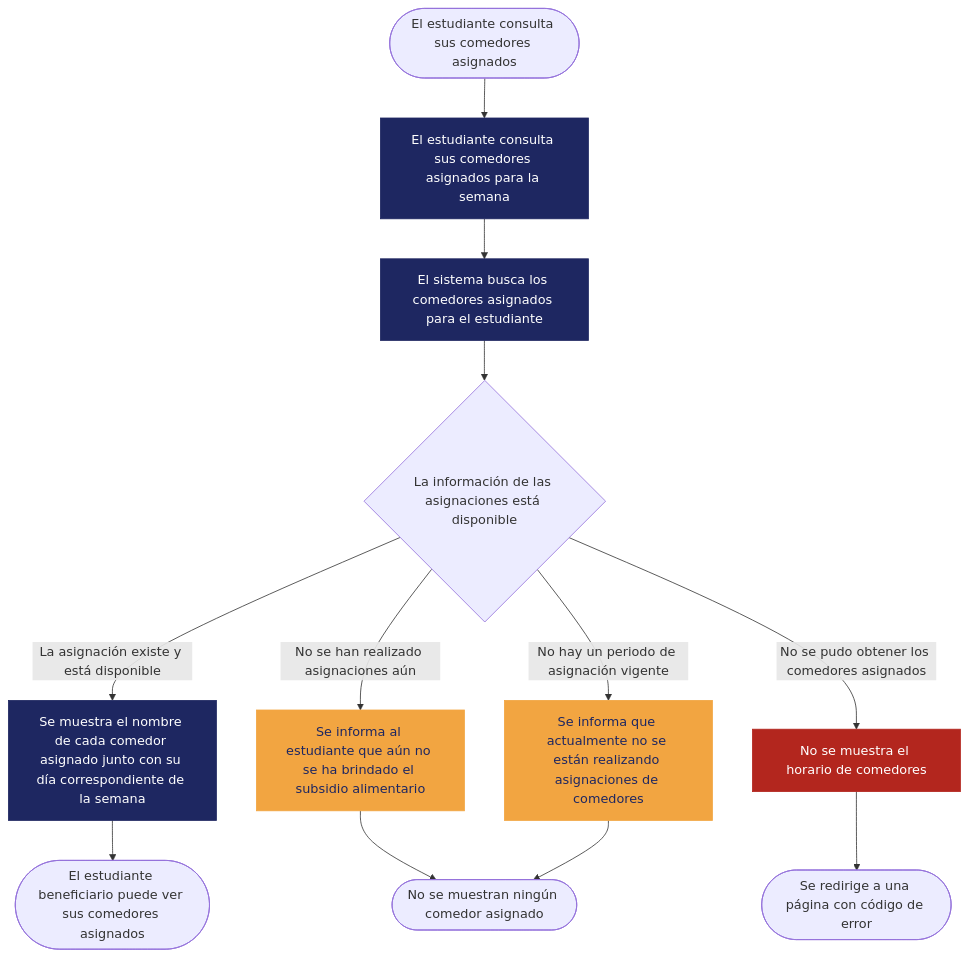
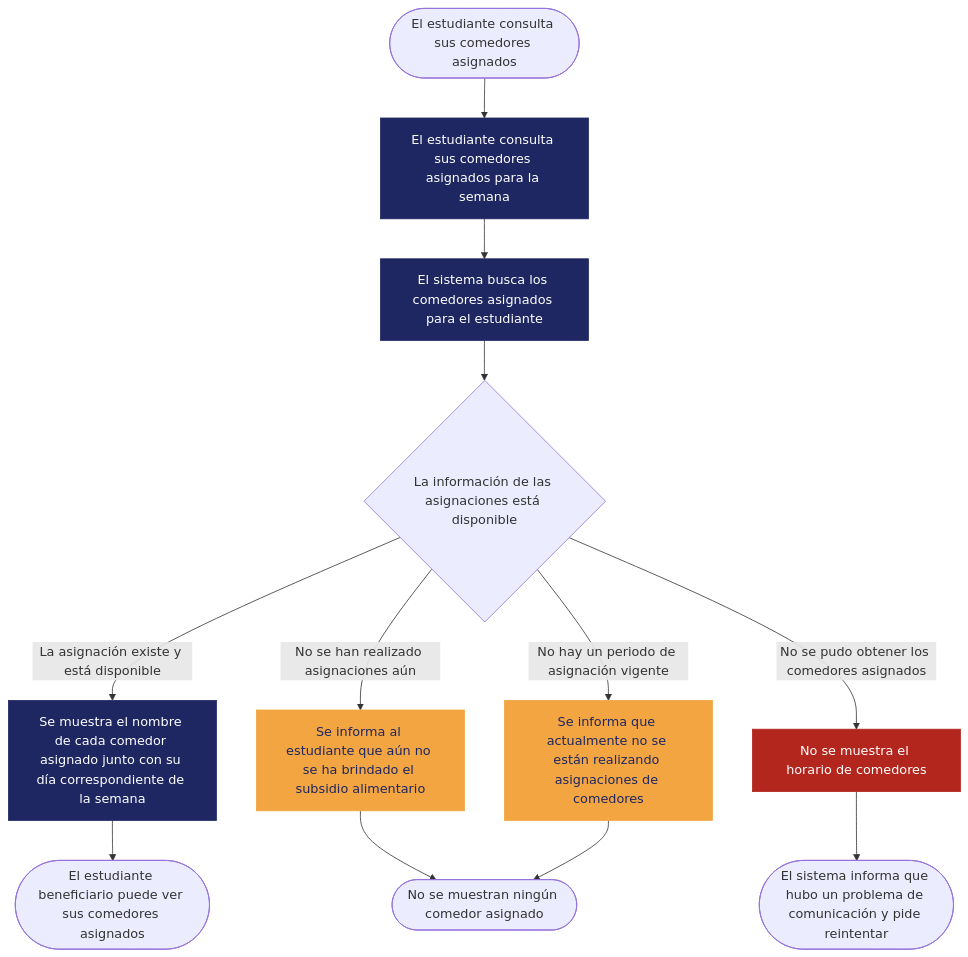
The diagram in docs/requirements/REQ-10.md (alfredoquev/Almuerzate.app), drawn with Mermaid before and after one commit. The commit also changed other lines of this file, not shown here.

Commit message:
Revise error message for comedor assignment retrieval
Updated exception handling message for backend communication issues.

````diff
--- a/docs/requirements/REQ-10.md
+++ b/docs/requirements/REQ-10.md
@@ -127,21 +127,21 @@
 ```mermaid
 flowchart TD
     A([El estudiante consulta sus comedores asignados]) --> B["El estudiante consulta sus comedores asignados para la semana"]
     B --> C["El sistema busca los comedores asignados para el estudiante"]
     C --> D{"La información de las asignaciones está disponible"}
     D -- "La asignación existe y está disponible" --> G["Se muestra el nombre de cada comedor asignado junto con su día correspondiente de la semana"]
     G --> H(["El estudiante beneficiario puede ver sus comedores asignados"])
     D -- "No se han realizado asignaciones aún" --> E["Se informa al estudiante que aún no se ha brindado el subsidio alimentario"]
     E --> I(["No se muestran ningún comedor asignado"])
     D -- "No se pudo obtener los comedores asignados" --> F["No se muestra el horario de comedores"]
-    F --> J(["Se redirige a una página con código de error"])
+    F --> J(["El sistema informa que hubo un problema de comunicación y pide reintentar"])
     D -- "No hay un periodo de asignación vigente" --> K["Se informa que actualmente no se están realizando asignaciones de comedores"]
     K --> I
 
     classDef mainflow fill:#1E2761,color:#ffffff,stroke:#1E2761;
     classDef alt fill:#F2A541,color:#1E2761,stroke:#F2A541;
     classDef exception fill:#B3261E,color:#ffffff,stroke:#B3261E;
     class B,C,G mainflow;
     class E,K alt;
     class F exception;
 ```
````
